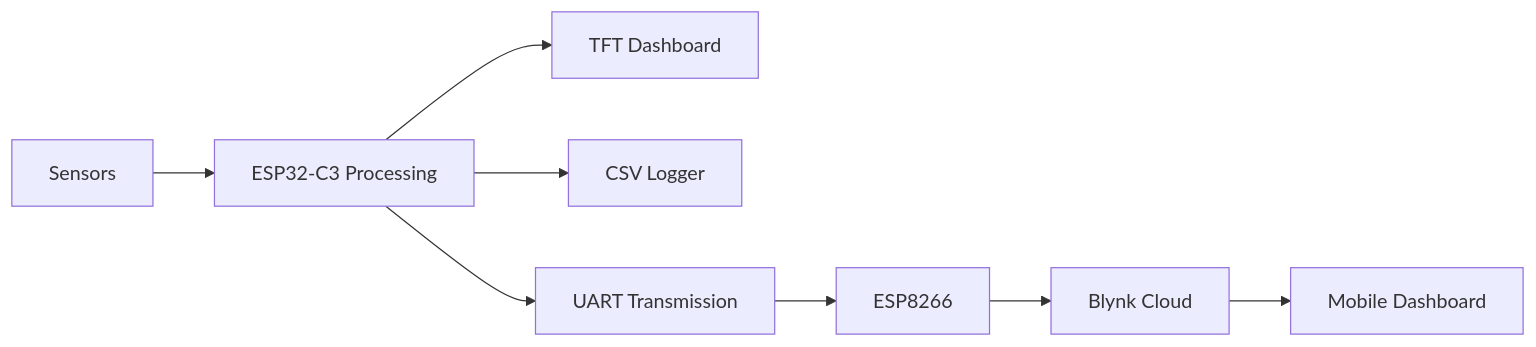
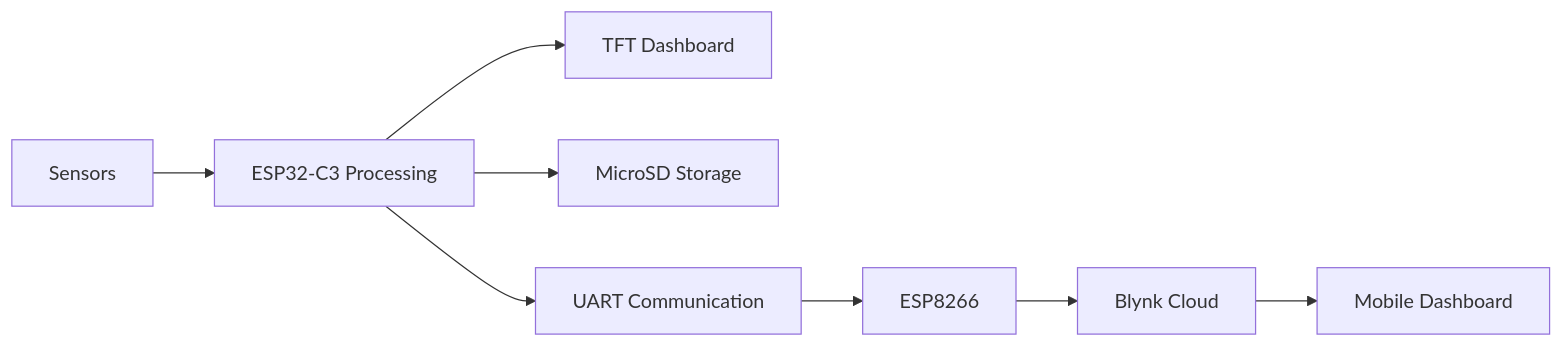
One commit to Willowwilson78-hub/ESP32_Power_Monitor changed the second of 3 diagrams in README.md. Above: the diagram before and after it, drawn with Mermaid. The commit also changed other lines of this file, not shown here.

````diff
--- a/README.md
+++ b/README.md
@@ -101,19 +102,19 @@
 ```mermaid
 flowchart LR
 
-S[Sensors]
+SENSORS[Sensors]
 
-S --> P[ESP32-C3 Processing]
+SENSORS --> PROCESS[ESP32-C3 Processing]
 
-P --> TFT[TFT Dashboard]
+PROCESS --> TFT[TFT Dashboard]
 
-P --> SD[CSV Logger]
+PROCESS --> STORAGE[MicroSD Storage]
 
-P --> UART[UART Transmission]
+PROCESS --> UART[UART Communication]
 
-UART --> E[ESP8266]
+UART --> ESP8266
 
-E --> CLOUD[Blynk Cloud]
+ESP8266 --> BLYNK[Blynk Cloud]
 
-CLOUD --> APP[Mobile Dashboard]
+BLYNK --> MOBILE[Mobile Dashboard]
 ```
````
